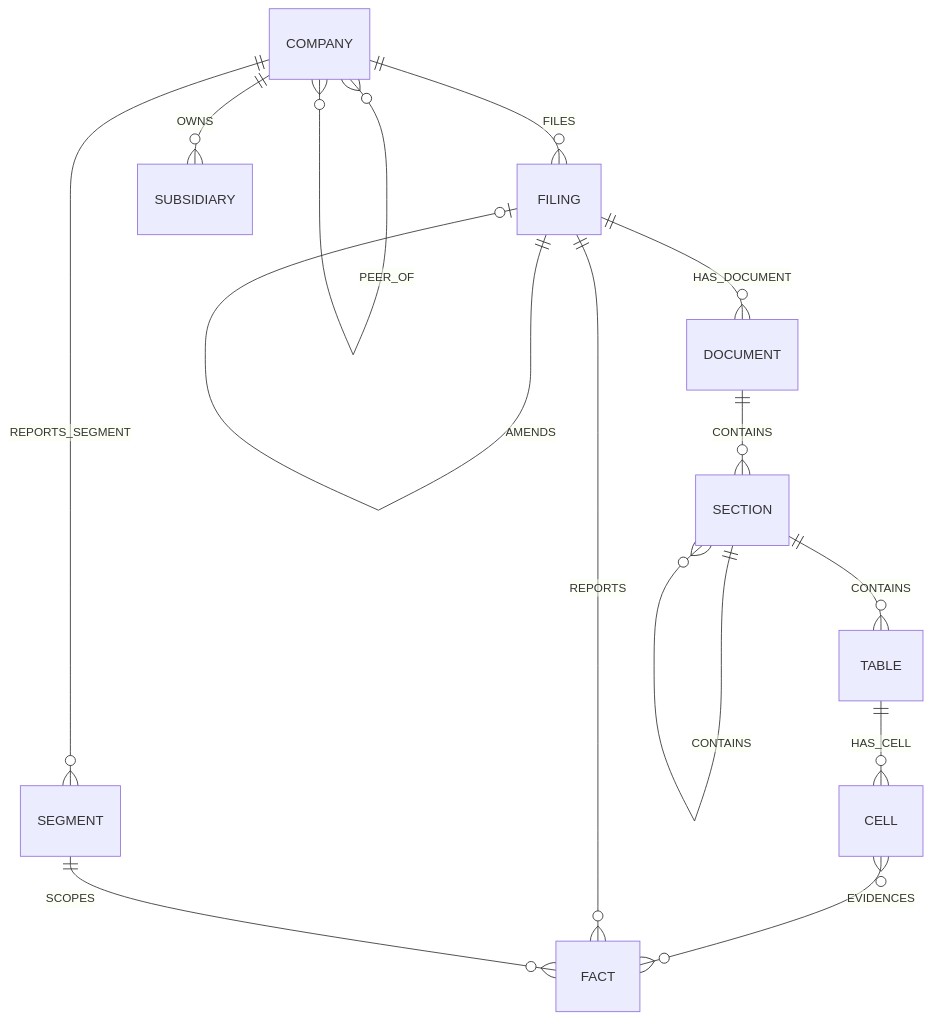
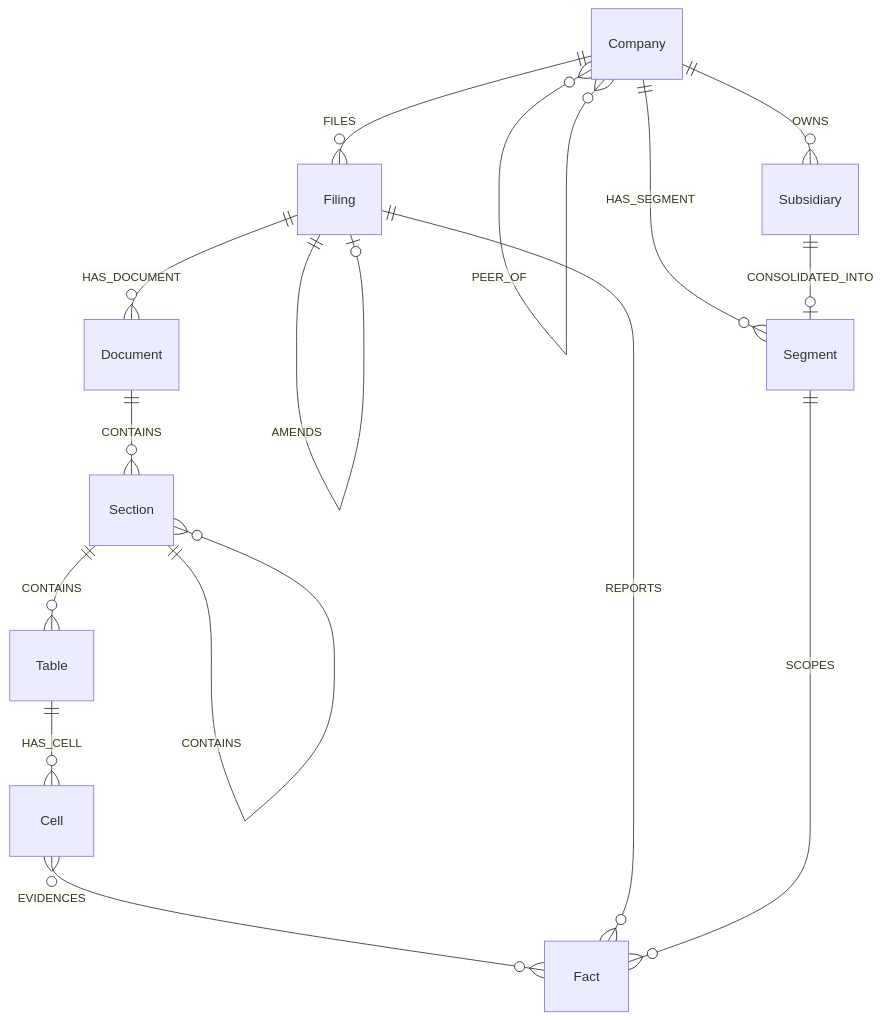
The diagram in docs/schema-ids-operations.md (ZiyiClaudiaWang/KPMG-GraphRAG), drawn with Mermaid before and after one commit. The commit also changed other lines of this file and 7 other files, not shown here.

````diff
--- a/docs/schema-ids-operations.md
+++ b/docs/schema-ids-operations.md
@@ -120,16 +128,17 @@
 ```mermaid
 erDiagram
-  COMPANY  ||--o{ FILING : FILES
-  FILING   ||--o| FILING : AMENDS
-  FILING   ||--o{ DOCUMENT : HAS_DOCUMENT
-  DOCUMENT ||--o{ SECTION : CONTAINS
-  SECTION  ||--o{ SECTION : CONTAINS
-  SECTION  ||--o{ TABLE : CONTAINS
-  TABLE    ||--o{ CELL : HAS_CELL
-  CELL     }o--o{ FACT : EVIDENCES
-  FILING   ||--o{ FACT : REPORTS
-  COMPANY  ||--o{ SUBSIDIARY : OWNS
-  COMPANY  ||--o{ SEGMENT : REPORTS_SEGMENT
-  SEGMENT  ||--o{ FACT : SCOPES
-  COMPANY  }o--o{ COMPANY : PEER_OF
+  Company  ||--o{ Filing : FILES
+  Filing   ||--o| Filing : AMENDS
+  Filing   ||--o{ Document : HAS_DOCUMENT
+  Document ||--o{ Section : CONTAINS
+  Section  ||--o{ Section : CONTAINS
+  Section  ||--o{ Table : CONTAINS
+  Table    ||--o{ Cell : HAS_CELL
+  Cell     }o--o{ Fact : EVIDENCES
+  Filing   ||--o{ Fact : REPORTS
+  Company  ||--o{ Subsidiary : OWNS
+  Company  ||--o{ Segment : HAS_SEGMENT
+  Subsidiary ||--o| Segment : CONSOLIDATED_INTO
+  Segment  ||--o{ Fact : SCOPES
+  Company  }o--o{ Company : PEER_OF
 ```
````
